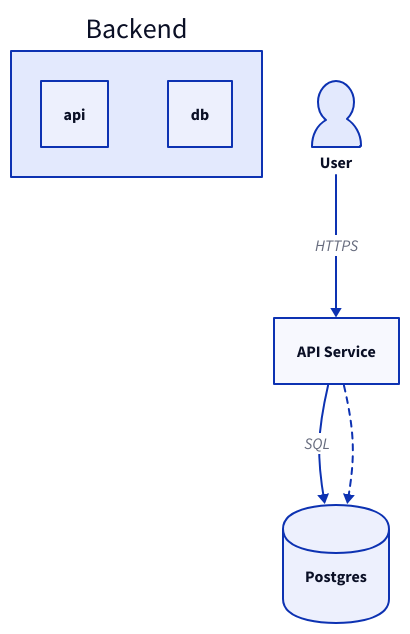
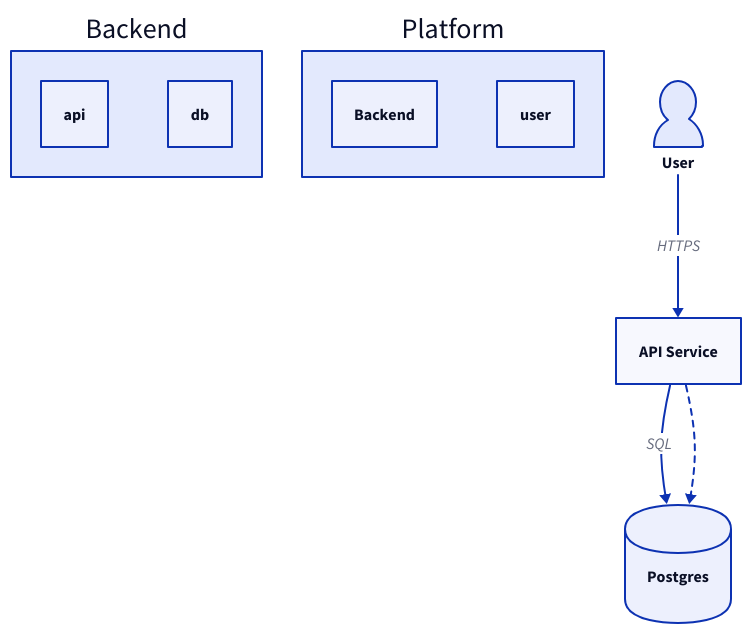
Before and after one commit to theodo-group/epure: the diagram in skills/epure-diagram/SKILL.md, drawn with D2. The commit also changed other lines of this file and 12 other files, not shown here.

````diff
--- a/skills/epure-diagram/SKILL.md
+++ b/skills/epure-diagram/SKILL.md
@@ -68,17 +68,27 @@
 ```d2
 # nodes: `id: "Label" { shape: ... }`. Label and block are optional.
 user:    User           { shape: person }
 api:     "API Service"  { shape: rectangle }   # rectangle (default), cylinder, person
 db:      Postgres       { shape: cylinder }
 
 # edges: id arrow id, optional label. Arrows: -> (forward), <- (back), <-> (both), -- (none).
 user -> api: "HTTPS"
 api  -> db:  "SQL"
 api  -> db  { style.stroke-dash: 3 }   # only stroke-dash (→ dashed/dotted) is read from .d2
 
-# groups (areas): an id with a block that LISTS member node ids (no `shape:`).
+# groups (areas): an id with a block that LISTS member ids (no `shape:`).
 Backend: "Backend" {
   api
   db
 }
+
+# NESTED groups: a member may be another area's id (nesting is by REFERENCE —
+# never write a literal block inside a block). Boxes derive outside-in: Platform
+# wraps Backend's box plus its own padding. Any depth works; edges freely cross
+# the borders of every container that (transitively) holds one of their
+# endpoints, and route around the ones that don't.
+Platform: "Platform" {
+  Backend
+  user
+}
 ```
````
